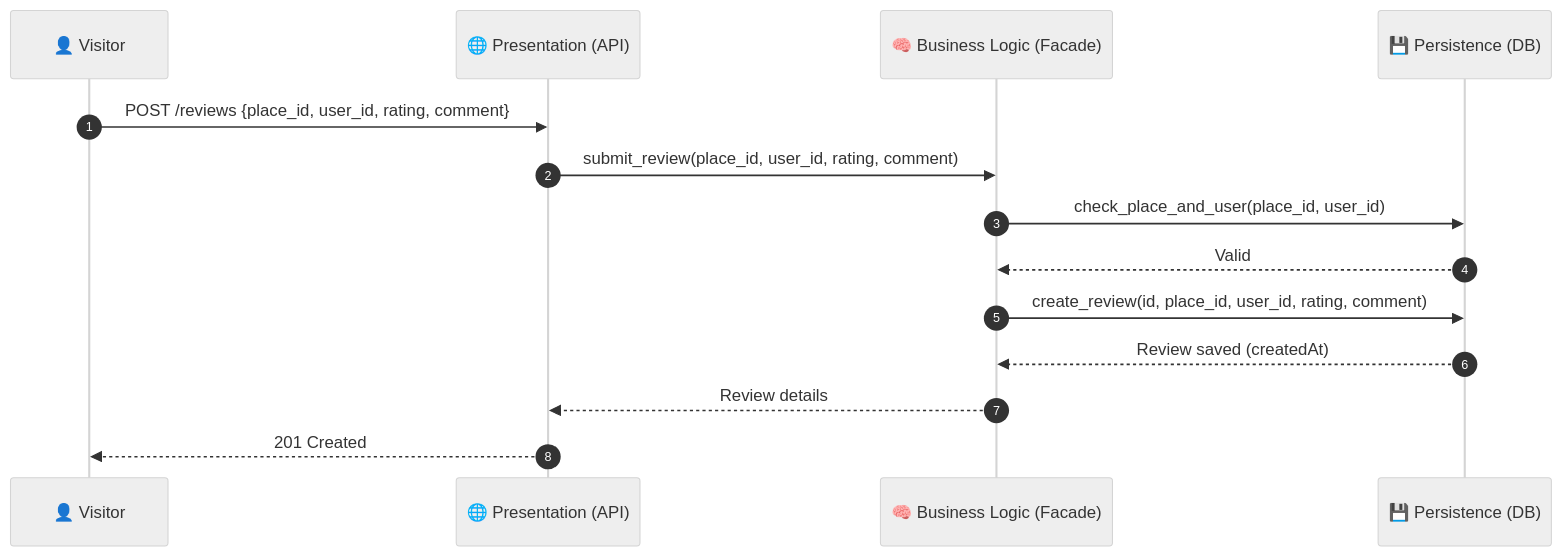
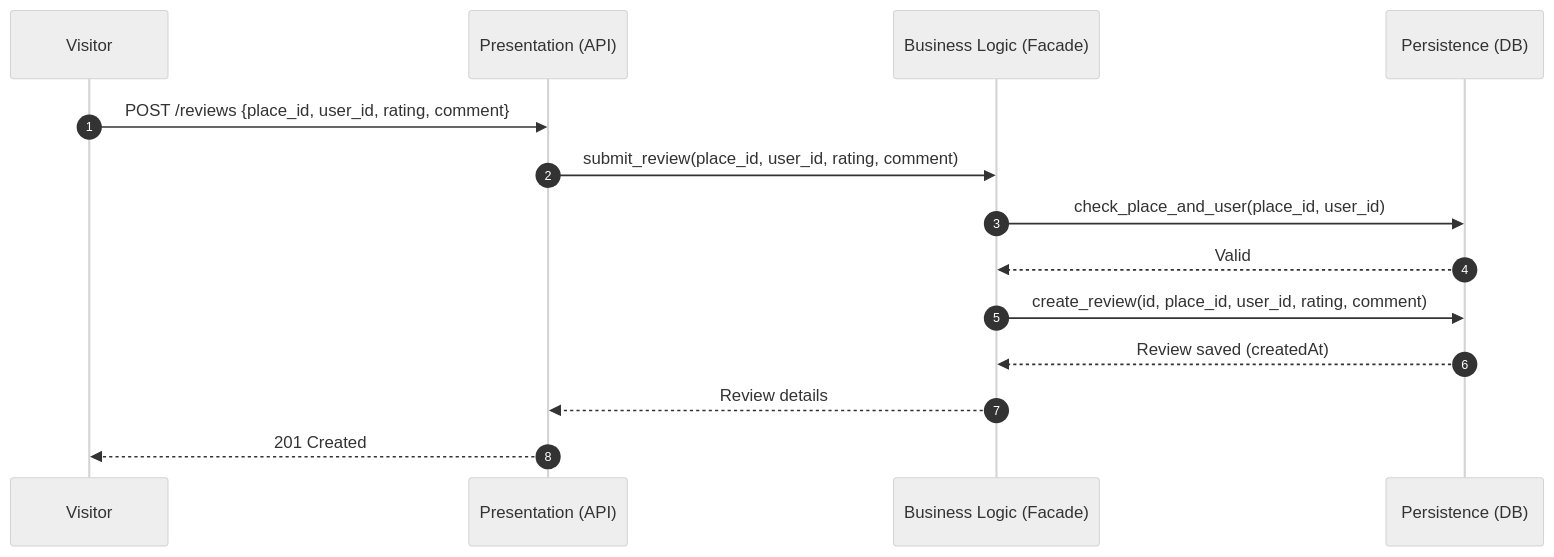
The third of 4 diagrams in diagrams/sequence_diagrams.md (badriahalmalki/holbertonschool-hbnb), drawn with Mermaid (neutral theme) before and after one commit. The commit also changed other lines of this file, not shown here.

Commit message:
Update on sequence_diagrams

````diff
--- a/diagrams/sequence_diagrams.md
+++ b/diagrams/sequence_diagrams.md
@@ -48,18 +48,18 @@
 ```mermaid
 sequenceDiagram
     autonumber
-    participant User as 👤 Visitor
-    participant API as 🌐 Presentation (API)
-    participant BL as 🧠 Business Logic (Facade)
-    participant DB as 💾 Persistence (DB)
+    participant User as  Visitor
+    participant API as  Presentation (API)
+    participant BL as  Business Logic (Facade)
+    participant DB as  Persistence (DB)
 
     User->>API: POST /reviews {place_id, user_id, rating, comment}
     API->>BL: submit_review(place_id, user_id, rating, comment)
     BL->>DB: check_place_and_user(place_id, user_id)
     DB-->>BL: Valid
     BL->>DB: create_review(id, place_id, user_id, rating, comment)
     DB-->>BL: Review saved (createdAt)
     BL-->>API: Review details
     API-->>User: 201 Created
 
 ```
````
